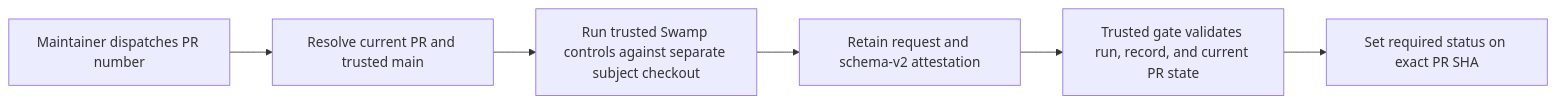
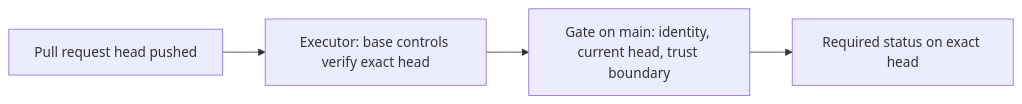
The diagram in docs/nightshift/managed-verification.md (funsaized/herdr-mise), drawn with Mermaid before and after one commit. The commit also changed other lines of this file and 26 other files, not shown here.

````diff
--- a/docs/nightshift/managed-verification.md
+++ b/docs/nightshift/managed-verification.md
@@ -6,8 +6,6 @@
 ```mermaid
 flowchart LR
-    A[Maintainer dispatches PR number] --> B[Resolve current PR and trusted main]
-    B --> C[Run trusted Swamp controls against separate subject checkout]
-    C --> D[Retain request and schema-v2 attestation]
-    D --> E[Trusted gate validates run, record, and current PR state]
-    E --> F[Set required status on exact PR SHA]
+    A[Pull request head pushed] --> B[Executor: base controls verify exact head]
+    B --> C[Gate on main: identity, current head, trust boundary]
+    C --> D[Required status on exact head]
 ```
````
